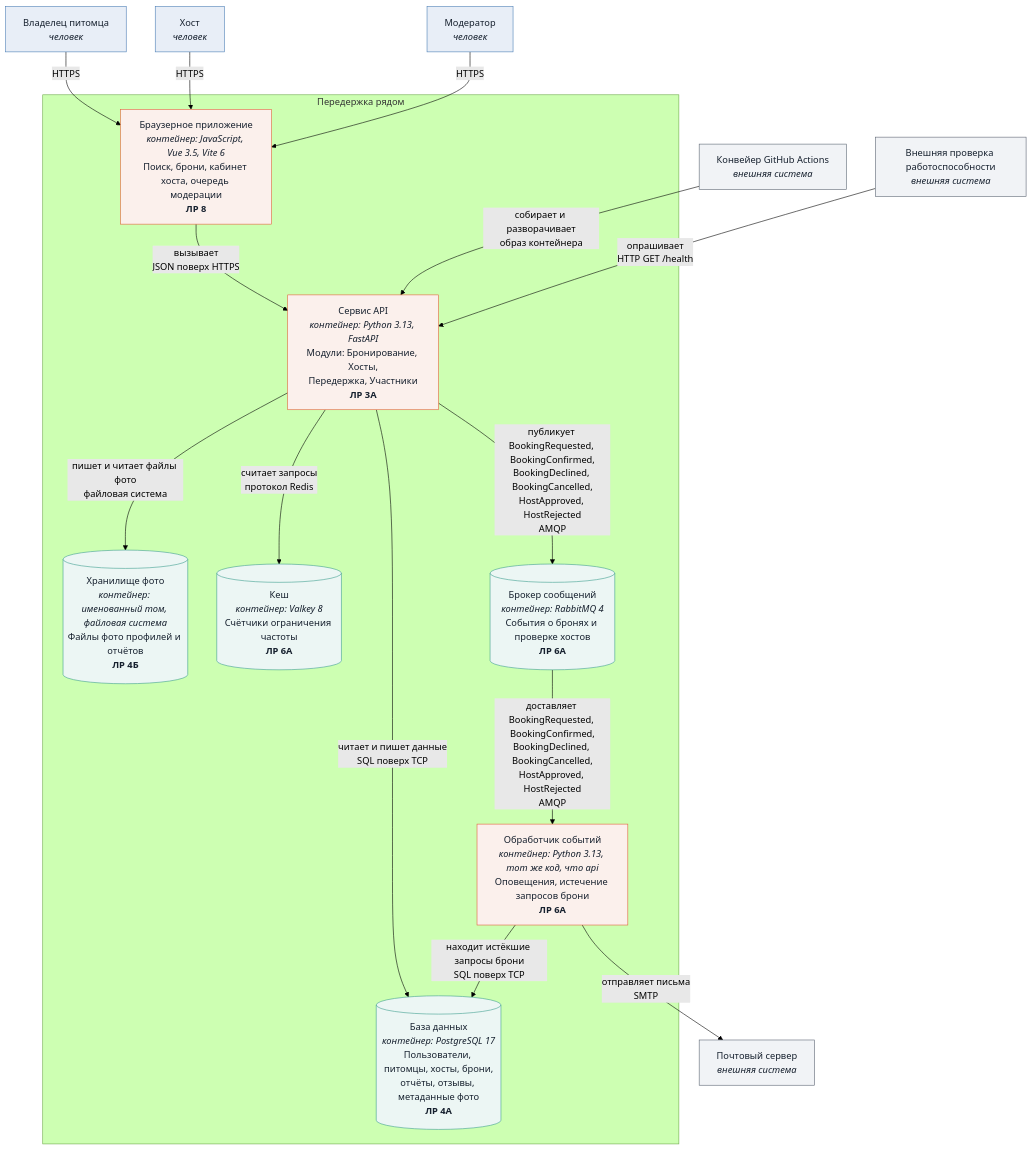
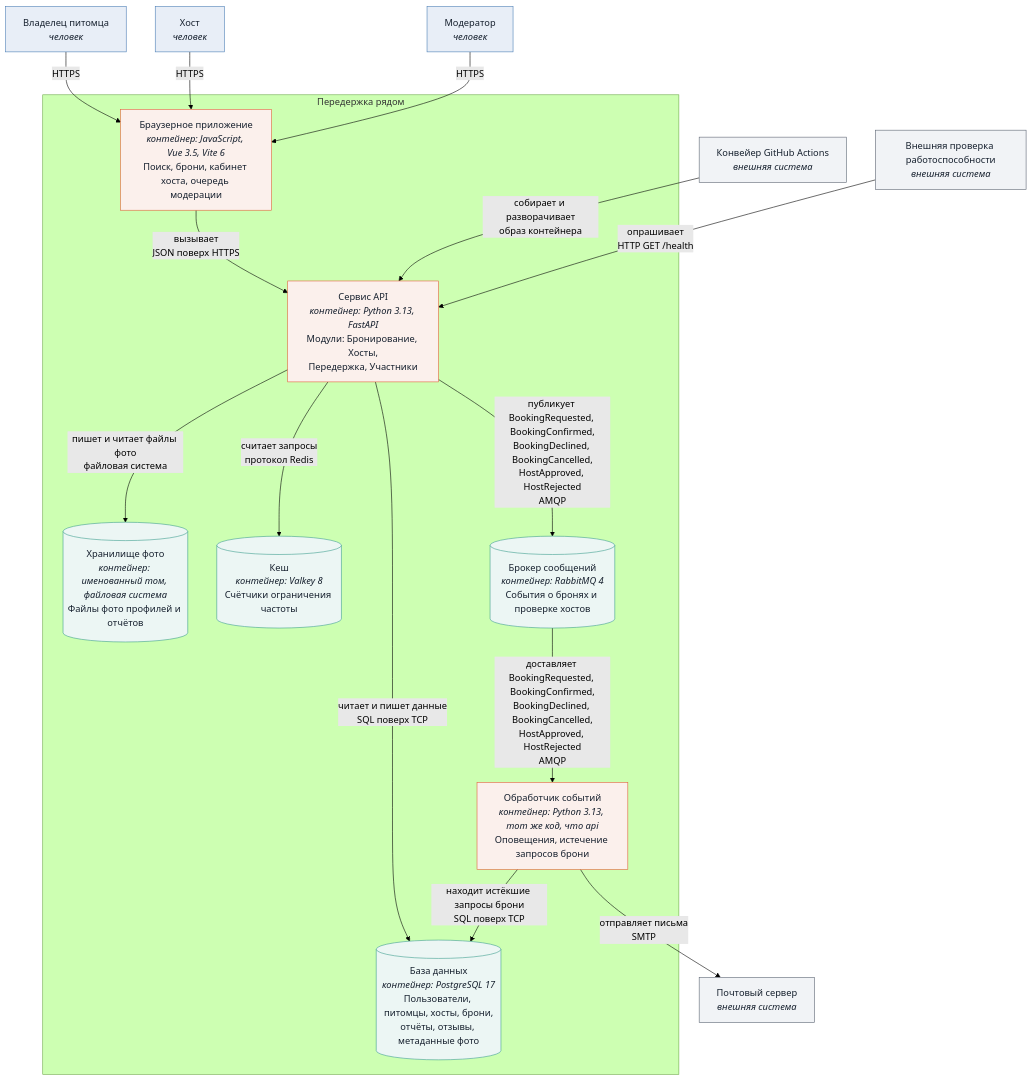
Before and after one commit to PinGBin74/Pet-sitting-: the diagram in docs/architecture/c4/container.mmd, drawn with Mermaid (forest theme). The commit also changed 14 other files, not shown here.

Commit message:
feat: add docs( changelog, c4 diagrams and strategies)

```diff
--- a/docs/architecture/c4/container.mmd
+++ b/docs/architecture/c4/container.mmd
@@ -1,42 +1,42 @@
 %% C4, уровень 2 — контейнеры. Соглашение об оформлении — docs/architecture/README.md
 flowchart TB
     owner["Владелец питомца<br/><i>человек</i>"]
     host["Хост<br/><i>человек</i>"]
     moderator["Модератор<br/><i>человек</i>"]
 
     subgraph boundary["Передержка рядом"]
-        web["Браузерное приложение<br/><i>контейнер: JavaScript, Vue 3.5, Vite 6</i><br/>Поиск, брони, кабинет хоста, очередь модерации<br/><b>ЛР 8</b>"]
-        api["Сервис API<br/><i>контейнер: Python 3.13, FastAPI</i><br/>Модули: Бронирование, Хосты,<br/>Передержка, Участники<br/><b>ЛР 3А</b>"]
-        db[("База данных<br/><i>контейнер: PostgreSQL 17</i><br/>Пользователи, питомцы, хосты, брони,<br/>отчёты, отзывы, метаданные фото<br/><b>ЛР 4А</b>")]
-        photos[("Хранилище фото<br/><i>контейнер: именованный том, файловая система</i><br/>Файлы фото профилей и отчётов<br/><b>ЛР 4Б</b>")]
-        cache[("Кеш<br/><i>контейнер: Valkey 8</i><br/>Счётчики ограничения частоты<br/><b>ЛР 6А</b>")]
-        broker[("Брокер сообщений<br/><i>контейнер: RabbitMQ 4</i><br/>События о бронях и проверке хостов<br/><b>ЛР 6А</b>")]
-        worker["Обработчик событий<br/><i>контейнер: Python 3.13, тот же код, что api</i><br/>Оповещения, истечение запросов брони<br/><b>ЛР 6А</b>"]
+        web["Браузерное приложение<br/><i>контейнер: JavaScript, Vue 3.5, Vite 6</i><br/>Поиск, брони, кабинет хоста, очередь модерации"]
+        api["Сервис API<br/><i>контейнер: Python 3.13, FastAPI</i><br/>Модули: Бронирование, Хосты,<br/>Передержка, Участники"]
+        db[("База данных<br/><i>контейнер: PostgreSQL 17</i><br/>Пользователи, питомцы, хосты, брони,<br/>отчёты, отзывы, метаданные фото")]
+        photos[("Хранилище фото<br/><i>контейнер: именованный том, файловая система</i><br/>Файлы фото профилей и отчётов")]
+        cache[("Кеш<br/><i>контейнер: Valkey 8</i><br/>Счётчики ограничения частоты")]
+        broker[("Брокер сообщений<br/><i>контейнер: RabbitMQ 4</i><br/>События о бронях и проверке хостов")]
+        worker["Обработчик событий<br/><i>контейнер: Python 3.13, тот же код, что api</i><br/>Оповещения, истечение запросов брони"]
     end
 
     mail["Почтовый сервер<br/><i>внешняя система</i>"]
     ci["Конвейер GitHub Actions<br/><i>внешняя система</i>"]
     probe["Внешняя проверка работоспособности<br/><i>внешняя система</i>"]
 
     owner -->|"HTTPS"| web
     host -->|"HTTPS"| web
     moderator -->|"HTTPS"| web
     web -->|"вызывает<br/>JSON поверх HTTPS"| api
     api -->|"читает и пишет данные<br/>SQL поверх TCP"| db
     api -->|"пишет и читает файлы фото<br/>файловая система"| photos
     api -->|"считает запросы<br/>протокол Redis"| cache
     api -->|"публикует BookingRequested, BookingConfirmed,<br/>BookingDeclined, BookingCancelled,<br/>HostApproved, HostRejected<br/>AMQP"| broker
     broker -->|"доставляет BookingRequested, BookingConfirmed,<br/>BookingDeclined, BookingCancelled,<br/>HostApproved, HostRejected<br/>AMQP"| worker
     worker -->|"находит истёкшие запросы брони<br/>SQL поверх TCP"| db
     worker -->|"отправляет письма<br/>SMTP"| mail
     ci -->|"собирает и разворачивает<br/>образ контейнера"| api
     probe -->|"опрашивает<br/>HTTP GET /health"| api
 
     classDef actor fill:#E8EEF7,stroke:#4A7DB5,color:#16202E
     classDef sys fill:#FBF0EC,stroke:#E2603A,color:#16202E
     classDef store fill:#ECF6F4,stroke:#3E9E8F,color:#16202E
     classDef ext fill:#F1F3F6,stroke:#5B6472,color:#16202E
     class owner,host,moderator actor
     class web,api,worker sys
     class db,photos,cache,broker store
     class mail,ci,probe ext
```
